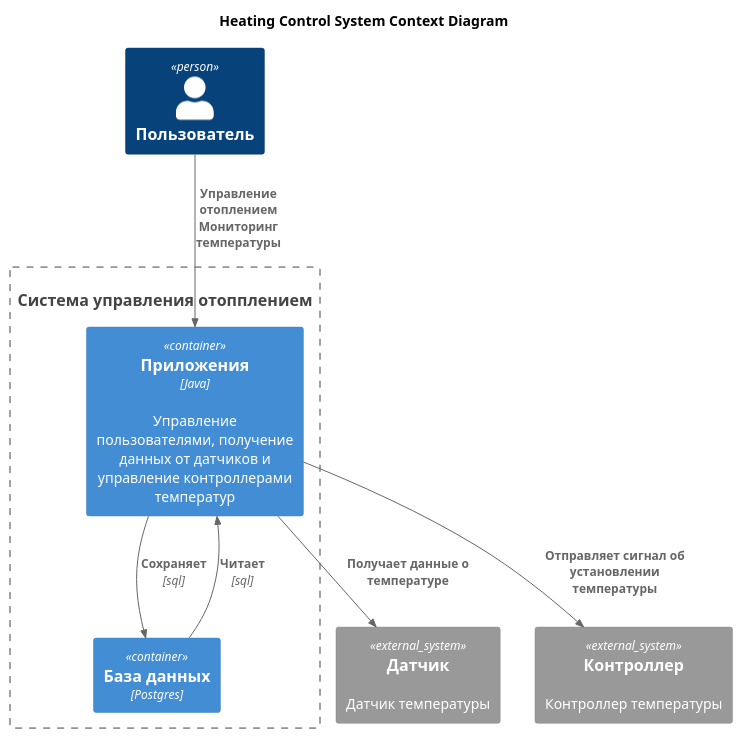
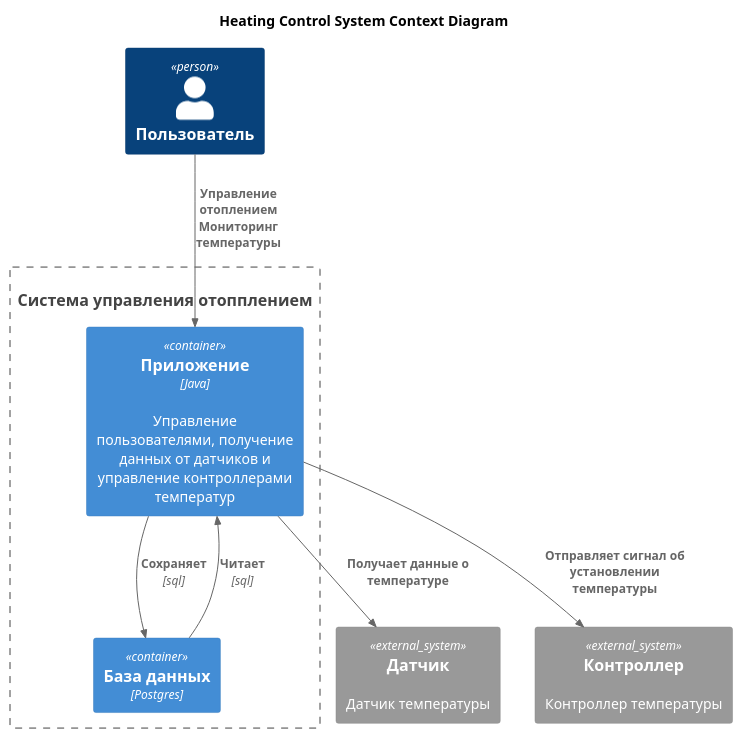
Before and after one commit to asbelon/architecture-sprint-3: the diagram in arch/current state/Context.puml, drawn with PlantUML. The commit also changed 9 other files, not shown here.

```diff
--- a/arch/current state/Context.puml
+++ b/arch/current state/Context.puml
@@ -1,25 +1,25 @@
 @startuml
 title Heating Control System Context Diagram
 
 top to bottom direction
 
 !includeurl https://raw.githubusercontent.com/RicardoNiepel/C4-PlantUML/master/C4_Component.puml
 
 Person(user, "Пользователь")
 System(HeatingControlSystem, "Система управления отопплением")
 
 System_Boundary(HeatingControlSystem, "Система управления отопплением") {
-     Container(app, "Приложения", "Java", "Управление пользователями, получение данных от датчиков и управление контроллерами температур")
+     Container(app, "Приложение", "Java", "Управление пользователями, получение данных от датчиков и управление контроллерами температур")
      Container(database, "База данных", "Postgres")
      Rel(app, database, "Сохраняет", "sql")
      Rel(database, app, "Читает", "sql")
 }
 
 System_Ext(sensor, "Датчик", "Датчик температуры")
 System_Ext(controller, "Контроллер", "Контроллер температуры")
 
 Rel(user, app, "Управление отоплением\nМониторинг температуры")
 Rel(app,sensor,"Получает данные о температуре")
 Rel(app,controller,"Отправляет сигнал об установлении температуры")
 
 @enduml
```
